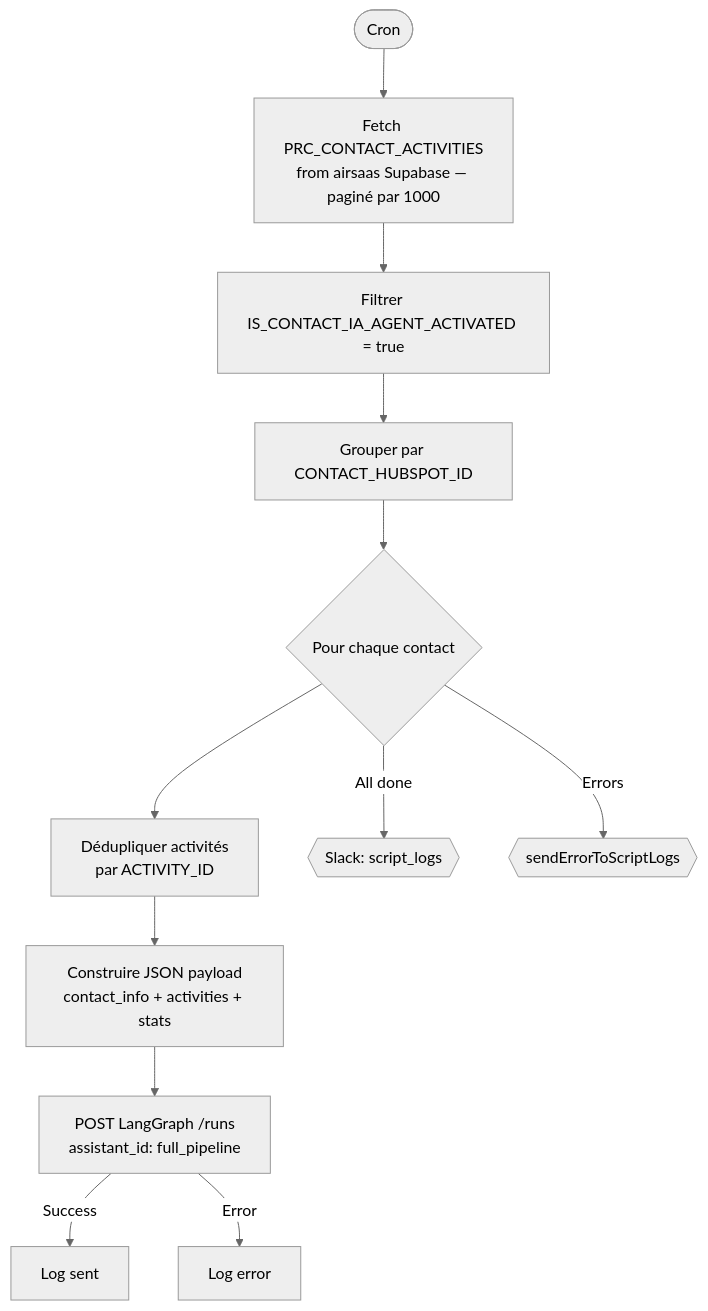
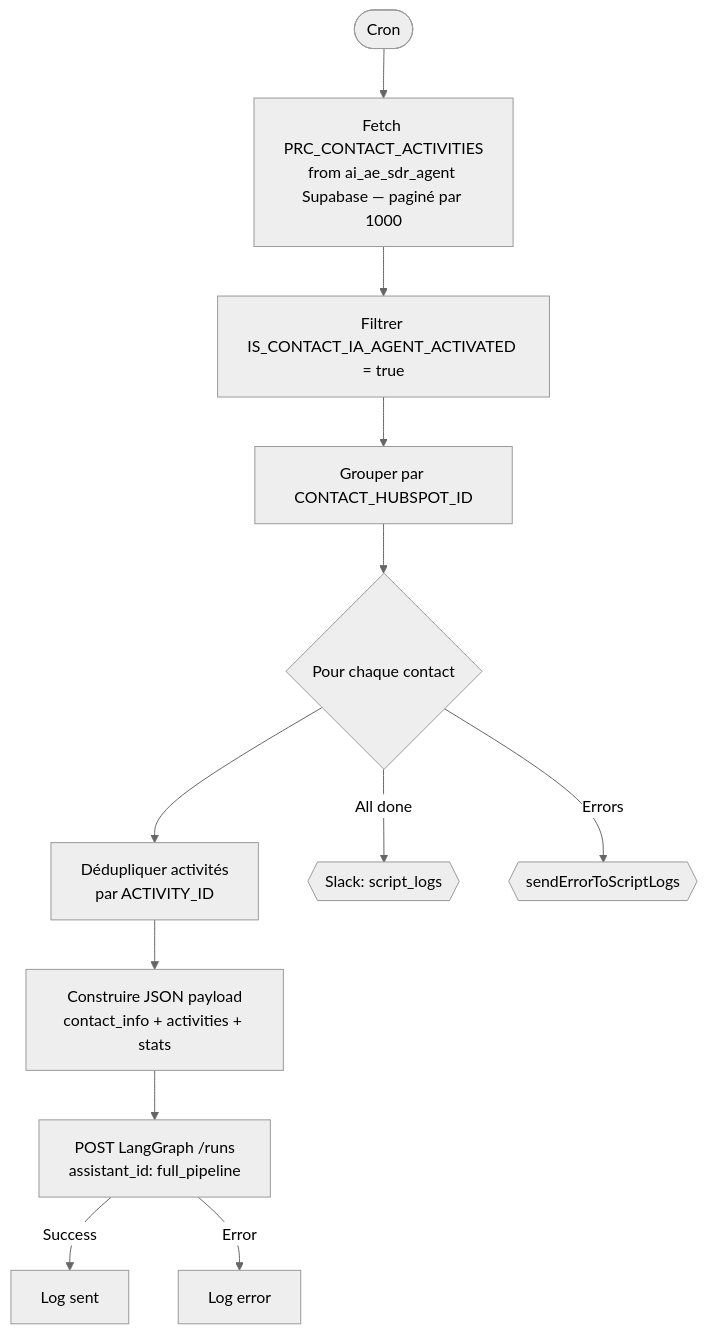
One commit to AirSaas/linkedin-scrapp changed diagram 15 of 23 in CLAUDE.md. Above: the diagram before and after it, drawn with Mermaid (neutral theme). The commit also changed other lines of this file and 2 other files, not shown here.

First line of the commit message:
Switch PRC_CONTACT_ACTIVITIES source to ai_ae_sdr_agent Supabase project

````diff
--- a/CLAUDE.md
+++ b/CLAUDE.md
@@ -370,14 +370,14 @@
 ```mermaid
 flowchart TD
-    A([Cron]) --> B[Fetch PRC_CONTACT_ACTIVITIES<br/>from airsaas Supabase — paginé par 1000]
+    A([Cron]) --> B[Fetch PRC_CONTACT_ACTIVITIES<br/>from ai_ae_sdr_agent Supabase — paginé par 1000]
     B --> C[Filtrer IS_CONTACT_IA_AGENT_ACTIVATED = true]
     C --> D[Grouper par CONTACT_HUBSPOT_ID]
     D --> E{Pour chaque contact}
     E --> F[Dédupliquer activités<br/>par ACTIVITY_ID]
     F --> G[Construire JSON payload<br/>contact_info + activities + stats]
     G --> H[POST LangGraph /runs<br/>assistant_id: full_pipeline]
     H -->|Success| I[Log sent]
     H -->|Error| J[Log error]
     E -->|All done| K{{Slack: script_logs}}
     E -->|Errors| L{{sendErrorToScriptLogs}}
 ```
````
